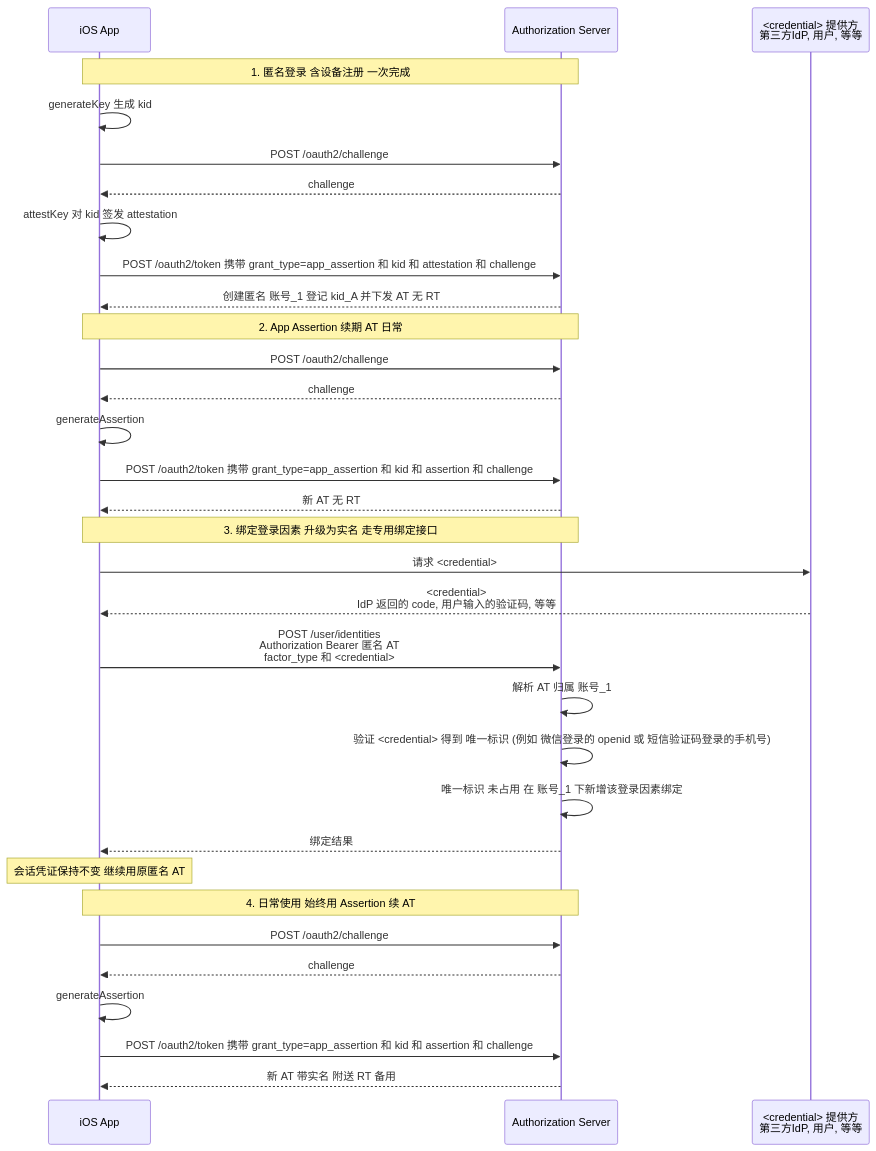
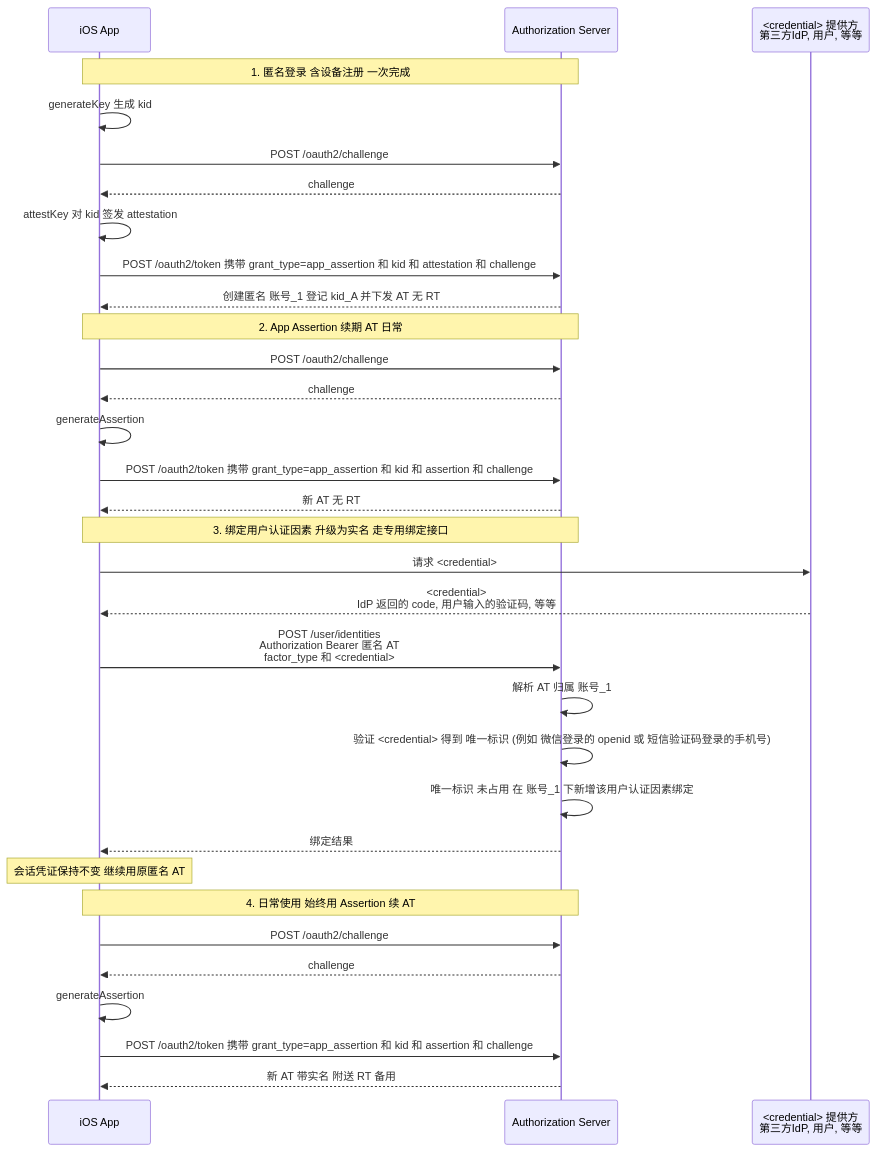
One commit to euler-projects/demo changed the second of 4 diagrams in user-center/doc/apis/zh-cn/App-Attest-Login.md. Above: the diagram before and after it, drawn with Mermaid. The commit also changed other lines of this file and 15 other files, not shown here.

````diff
--- a/user-center/doc/apis/zh-cn/App-Attest-Login.md
+++ b/user-center/doc/apis/zh-cn/App-Attest-Login.md
@@ -284,38 +284,38 @@
 ```mermaid
 sequenceDiagram
     participant App as iOS App
     participant Server as Authorization Server
     participant CP as <credential> 提供方<br>第三方IdP, 用户, 等等
 
     Note over App,Server: 1. 匿名登录 含设备注册 一次完成
     App->>App: generateKey 生成 kid
     App->>Server: POST /oauth2/challenge
     Server-->>App: challenge
     App->>App: attestKey 对 kid 签发 attestation
     App->>Server: POST /oauth2/token 携带 grant_type=app_assertion 和 kid 和 attestation 和 challenge
     Server-->>App: 创建匿名 账号_1 登记 kid_A 并下发 AT 无 RT
 
     Note over App,Server: 2. App Assertion 续期 AT 日常
     App->>Server: POST /oauth2/challenge
     Server-->>App: challenge
     App->>App: generateAssertion
     App->>Server: POST /oauth2/token 携带 grant_type=app_assertion 和 kid 和 assertion 和 challenge
     Server-->>App: 新 AT 无 RT
 
-    Note over App,Server: 3. 绑定登录因素 升级为实名 走专用绑定接口
+    Note over App,Server: 3. 绑定用户认证因素 升级为实名 走专用绑定接口
     App->>CP: 请求 <credential>
     CP-->>App: <credential><br>IdP 返回的 code, 用户输入的验证码, 等等
     App->>Server: POST /user/identities<br/>Authorization Bearer 匿名 AT<br/>factor_type 和 <credential>
     Server->>Server: 解析 AT 归属 账号_1
     Server->>Server: 验证 <credential> 得到 唯一标识 (例如 微信登录的 openid 或 短信验证码登录的手机号)
-    Server->>Server: 唯一标识 未占用 在 账号_1 下新增该登录因素绑定
+    Server->>Server: 唯一标识 未占用 在 账号_1 下新增该用户认证因素绑定
     Server-->>App: 绑定结果
     Note over App: 会话凭证保持不变 继续用原匿名 AT
 
     Note over App,Server: 4. 日常使用 始终用 Assertion 续 AT
     App->>Server: POST /oauth2/challenge
     Server-->>App: challenge
     App->>App: generateAssertion
     App->>Server: POST /oauth2/token 携带 grant_type=app_assertion 和 kid 和 assertion 和 challenge
     Server-->>App: 新 AT 带实名 附送 RT 备用
 ```
````
